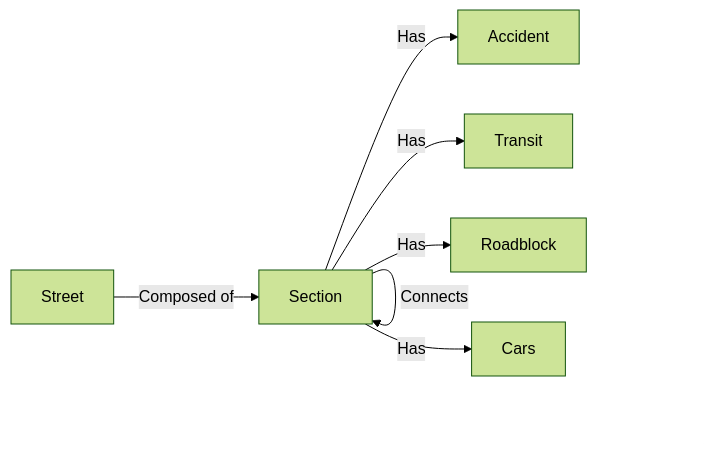
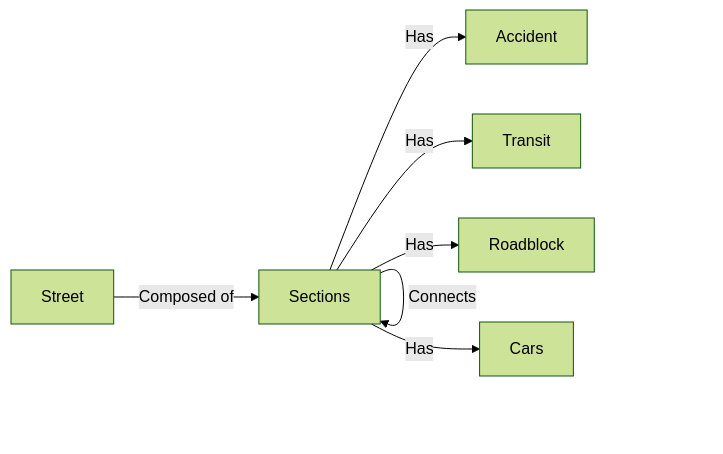
One commit to TomasCostaK/traffic_info changed the diagram in Reports/Report.md. Above: the diagram before and after it, drawn with Mermaid (forest theme). The commit also changed other lines of this file, not shown here.

````diff
--- a/Reports/Report.md
+++ b/Reports/Report.md
@@ -99,10 +68,10 @@
 ```mermaid
 graph LR
-A[Street]; B[Section]; C[Accident]; D[Transit] ; E[Roadblock]; F[Cars]
+A[Street]; B[Sections]; C[Accident]; D[Transit] ; E[Roadblock]; F[Cars]
 A -- Composed of --> B;
 B -- Has --> C
 B -- Has --> D
 B -- Has --> E
 B -- Has --> F
 B -- Connects --> B
 ```
````
